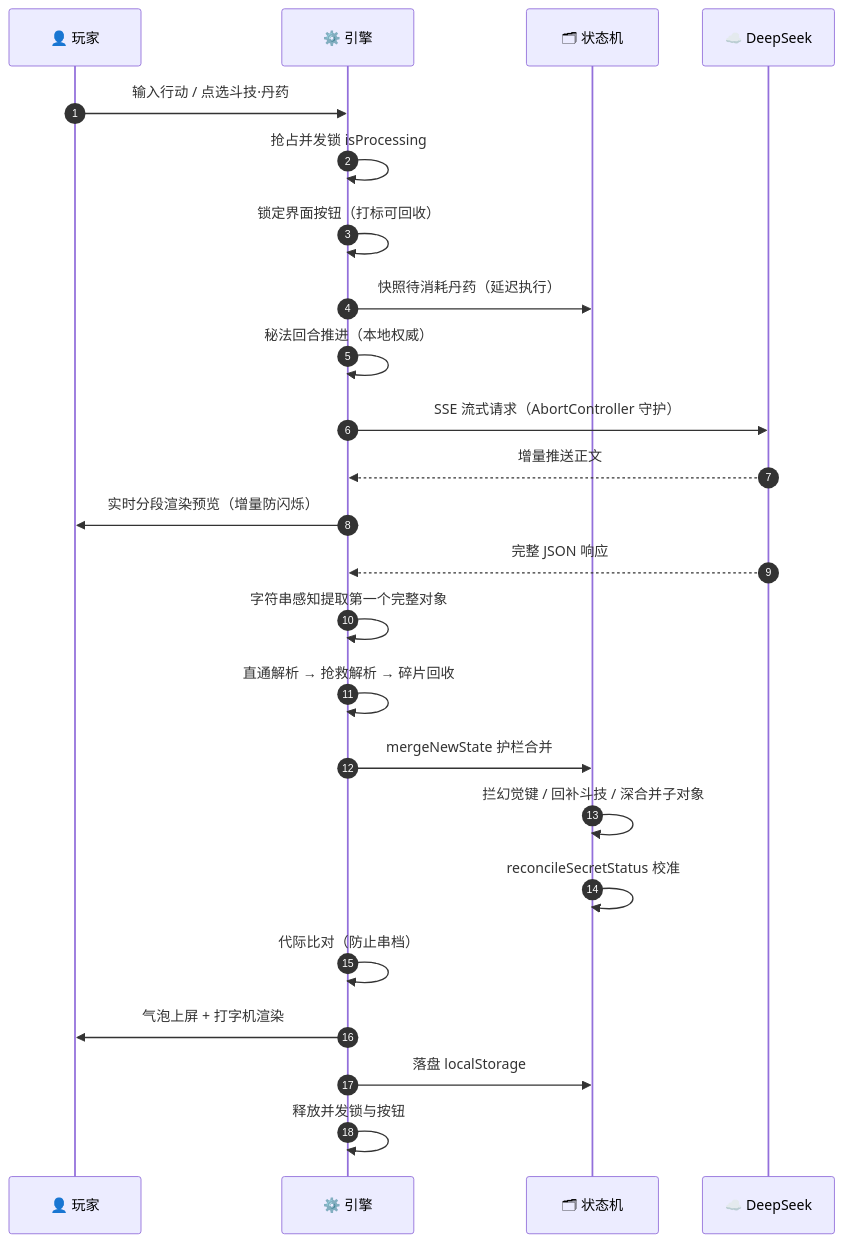
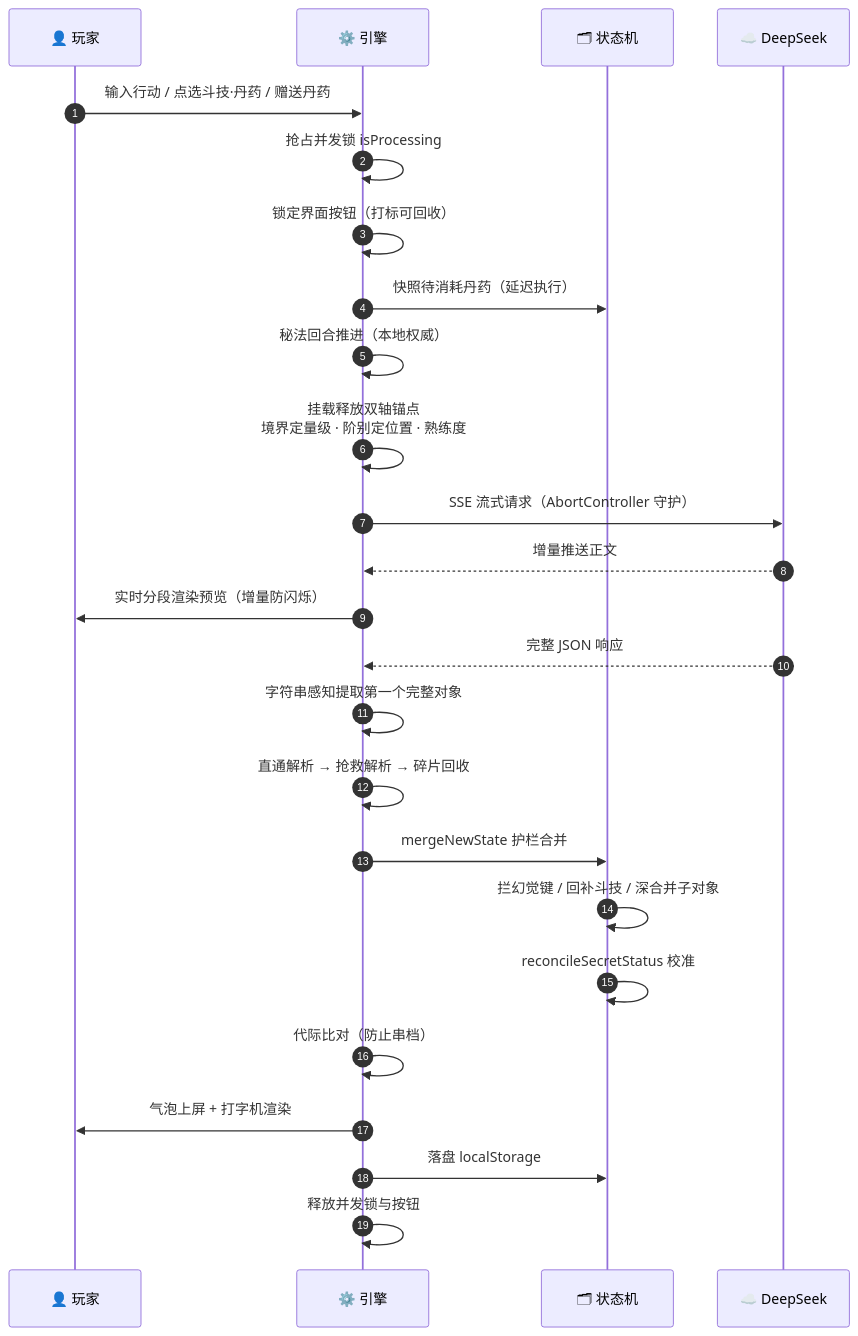
The second of 4 diagrams in README.md (Yuan05550/doupo-ai-text-adventure), drawn with Mermaid before and after one commit. The commit also changed other lines of this file and 3 other files, not shown here.

First line of the commit message:
feat: v2.4 — 世界地图 · 斗技双轴 · 丹药赠送 · 角色卡斗技分配

````diff
--- a/README.md
+++ b/README.md
@@ -173,27 +190,28 @@
 ```mermaid
 sequenceDiagram
     autonumber
     participant U as 👤 玩家
     participant E as ⚙️ 引擎
     participant S as 🗂 状态机
     participant A as ☁️ DeepSeek
 
-    U->>E: 输入行动 / 点选斗技·丹药
+    U->>E: 输入行动 / 点选斗技·丹药 / 赠送丹药
     E->>E: 抢占并发锁 isProcessing
     E->>E: 锁定界面按钮（打标可回收）
     E->>S: 快照待消耗丹药（延迟执行）
     E->>E: 秘法回合推进（本地权威）
+    E->>E: 挂载释放双轴锚点<br/>境界定量级 · 阶别定位置 · 熟练度
     E->>A: SSE 流式请求（AbortController 守护）
     A-->>E: 增量推送正文
     E->>U: 实时分段渲染预览（增量防闪烁）
     A-->>E: 完整 JSON 响应
     E->>E: 字符串感知提取第一个完整对象
     E->>E: 直通解析 → 抢救解析 → 碎片回收
     E->>S: mergeNewState 护栏合并
     S->>S: 拦幻觉键 / 回补斗技 / 深合并子对象
     S->>S: reconcileSecretStatus 校准
     E->>E: 代际比对（防止串档）
     E->>U: 气泡上屏 + 打字机渲染
     E->>S: 落盘 localStorage
     E->>E: 释放并发锁与按钮
 ```
````
